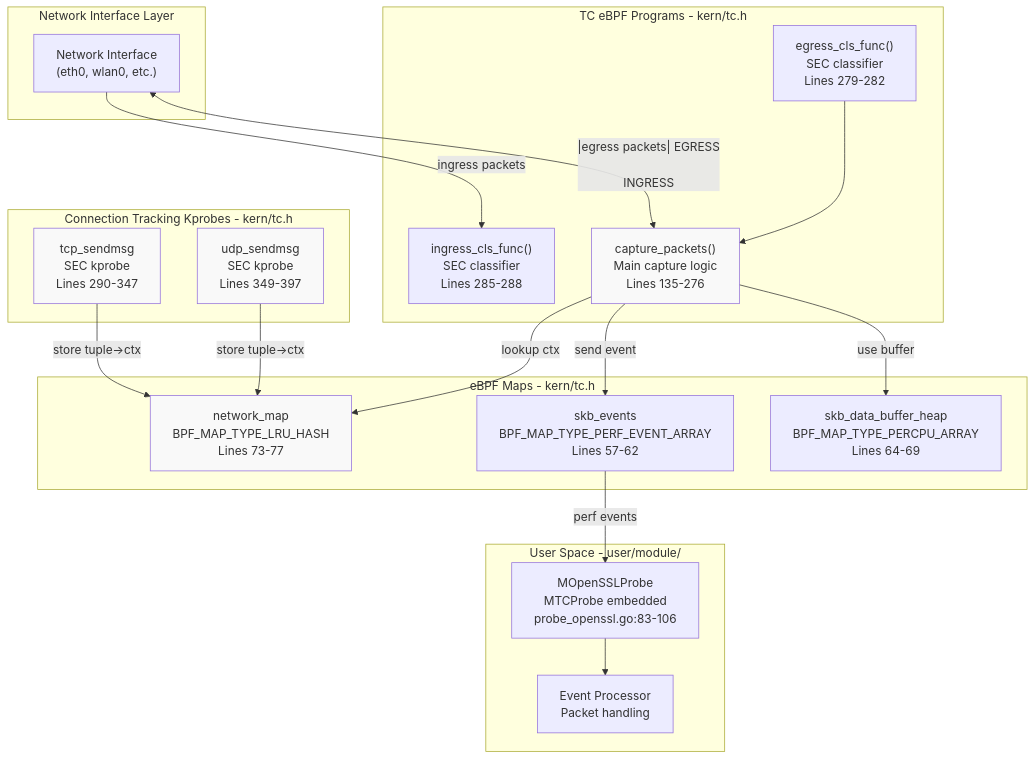
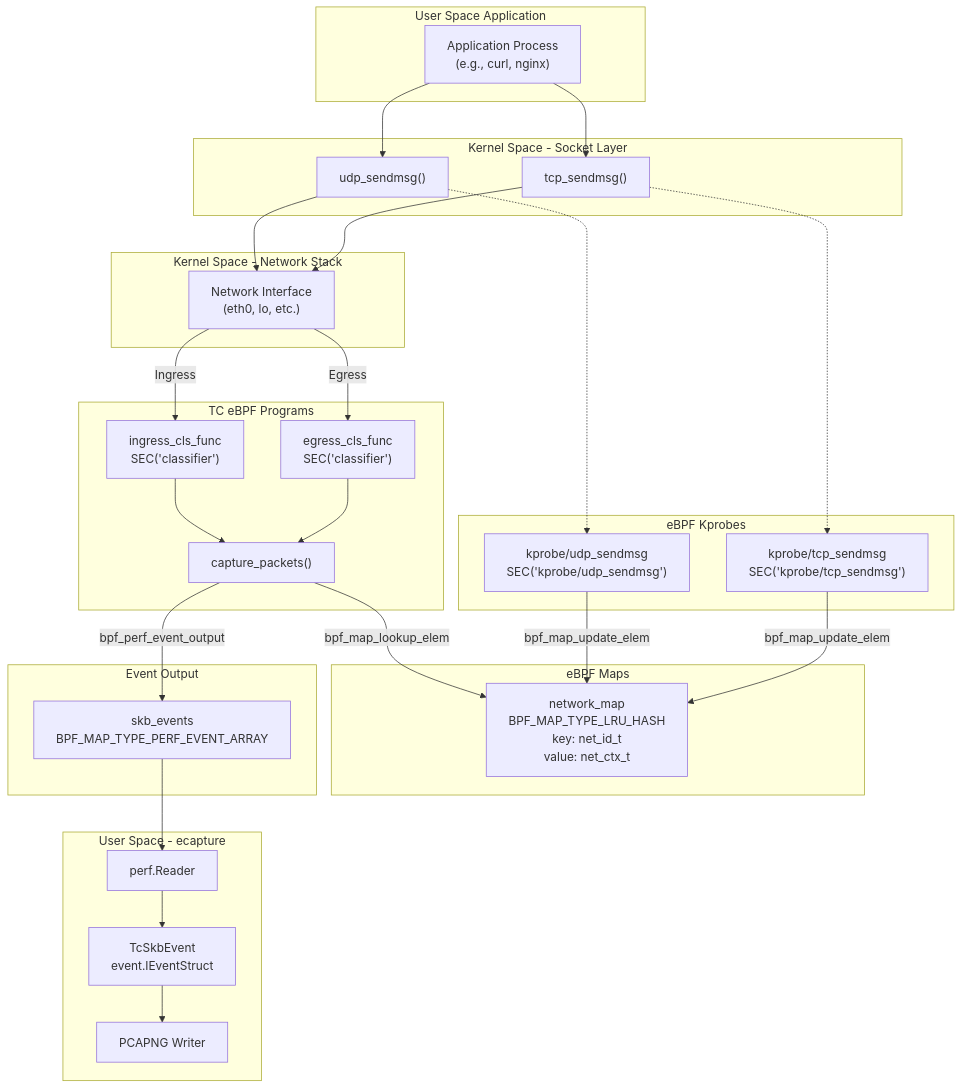
One commit to gojue/ecapture.cc changed the first of 4 diagrams in src/en/3-capture-modules/3.3-network-packet-capture-with-tc.md. Above: the diagram before and after it, drawn with Mermaid. The commit also changed other lines of this file and 115 other files, not shown here.

````diff
--- a/src/en/3-capture-modules/3.3-network-packet-capture-with-tc.md
+++ b/src/en/3-capture-modules/3.3-network-packet-capture-with-tc.md
@@ -34,49 +39,63 @@
 ```mermaid
 graph TB
-    subgraph "Network Interface Layer"
-        NIC["Network Interface<br/>(eth0, wlan0, etc.)"]
+    subgraph "User Space Application"
+        App["Application Process<br/>(e.g., curl, nginx)"]
     end
     
-    subgraph "TC eBPF Programs - kern/tc.h"
-        INGRESS["ingress_cls_func()<br/>SEC classifier<br/>Lines 285-288"]
-        EGRESS["egress_cls_func()<br/>SEC classifier<br/>Lines 279-282"]
-        CAPTURE["capture_packets()<br/>Main capture logic<br/>Lines 135-276"]
+    subgraph "Kernel Space - Socket Layer"
+        TcpSendmsg["tcp_sendmsg()"]
+        UdpSendmsg["udp_sendmsg()"]
+        App --> TcpSendmsg
+        App --> UdpSendmsg
     end
     
-    subgraph "Connection Tracking Kprobes - kern/tc.h"
-        TCP_PROBE["tcp_sendmsg<br/>SEC kprobe<br/>Lines 290-347"]
-        UDP_PROBE["udp_sendmsg<br/>SEC kprobe<br/>Lines 349-397"]
+    subgraph "eBPF Kprobes"
+        TcpProbe["kprobe/tcp_sendmsg<br/>SEC('kprobe/tcp_sendmsg')"]
+        UdpProbe["kprobe/udp_sendmsg<br/>SEC('kprobe/udp_sendmsg')"]
+        TcpSendmsg -.-> TcpProbe
+        UdpSendmsg -.-> UdpProbe
     end
     
-    subgraph "eBPF Maps - kern/tc.h"
-        NET_MAP["network_map<br/>BPF_MAP_TYPE_LRU_HASH<br/>Lines 73-77"]
-        SKB_EVENTS["skb_events<br/>BPF_MAP_TYPE_PERF_EVENT_ARRAY<br/>Lines 57-62"]
-        SKB_BUFFER["skb_data_buffer_heap<br/>BPF_MAP_TYPE_PERCPU_ARRAY<br/>Lines 64-69"]
+    subgraph "eBPF Maps"
+        NetworkMap["network_map<br/>BPF_MAP_TYPE_LRU_HASH<br/>key: net_id_t<br/>value: net_ctx_t"]
     end
     
-    subgraph "User Space - user/module/"
-        MODULE["MOpenSSLProbe<br/>MTCProbe embedded<br/>probe_openssl.go:83-106"]
-        PROCESSOR["Event Processor<br/>Packet handling"]
+    TcpProbe -->|"bpf_map_update_elem"| NetworkMap
+    UdpProbe -->|"bpf_map_update_elem"| NetworkMap
+    
+    subgraph "Kernel Space - Network Stack"
+        NetIf["Network Interface<br/>(eth0, lo, etc.)"]
     end
     
-    NIC -->|"ingress packets"| INGRESS
-    NIC <--"|egress packets"| EGRESS
+    TcpSendmsg --> NetIf
+    UdpSendmsg --> NetIf
     
-    INGRESS --> CAPTURE
-    EGRESS --> CAPTURE
+    subgraph "TC eBPF Programs"
+        EgressTC["egress_cls_func<br/>SEC('classifier')"]
+        IngressTC["ingress_cls_func<br/>SEC('classifier')"]
+        CapturePackets["capture_packets()"]
+        
+        EgressTC --> CapturePackets
+        IngressTC --> CapturePackets
+    end
     
-    TCP_PROBE -->|"store tuple->ctx"| NET_MAP
-    UDP_PROBE -->|"store tuple->ctx"| NET_MAP
+    NetIf -->|"Egress"| EgressTC
+    NetIf -->|"Ingress"| IngressTC
     
-    CAPTURE -->|"lookup ctx"| NET_MAP
-    CAPTURE -->|"send event"| SKB_EVENTS
-    CAPTURE -->|"use buffer"| SKB_BUFFER
+    CapturePackets -->|"bpf_map_lookup_elem"| NetworkMap
     
-    SKB_EVENTS -->|"perf events"| MODULE
-    MODULE --> PROCESSOR
+    subgraph "Event Output"
+        SkbEvents["skb_events<br/>BPF_MAP_TYPE_PERF_EVENT_ARRAY"]
+        CapturePackets -->|"bpf_perf_event_output"| SkbEvents
+    end
     
-    style CAPTURE fill:#f9f9f9
-    style NET_MAP fill:#f9f9f9
-    style TCP_PROBE fill:#f9f9f9
-    style UDP_PROBE fill:#f9f9f9
+    subgraph "User Space - ecapture"
+        PerfReader["perf.Reader"]
+        TcSkbEvent["TcSkbEvent<br/>event.IEventStruct"]
+        PcapWriter["PCAPNG Writer"]
+        
+        SkbEvents --> PerfReader
+        PerfReader --> TcSkbEvent
+        TcSkbEvent --> PcapWriter
+    end
 ```
````
